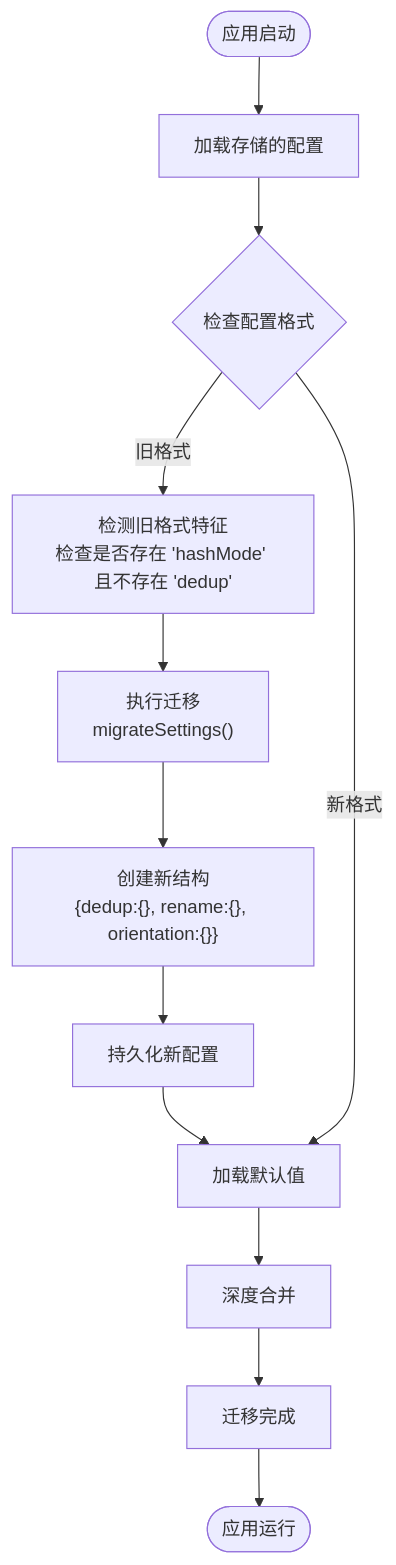
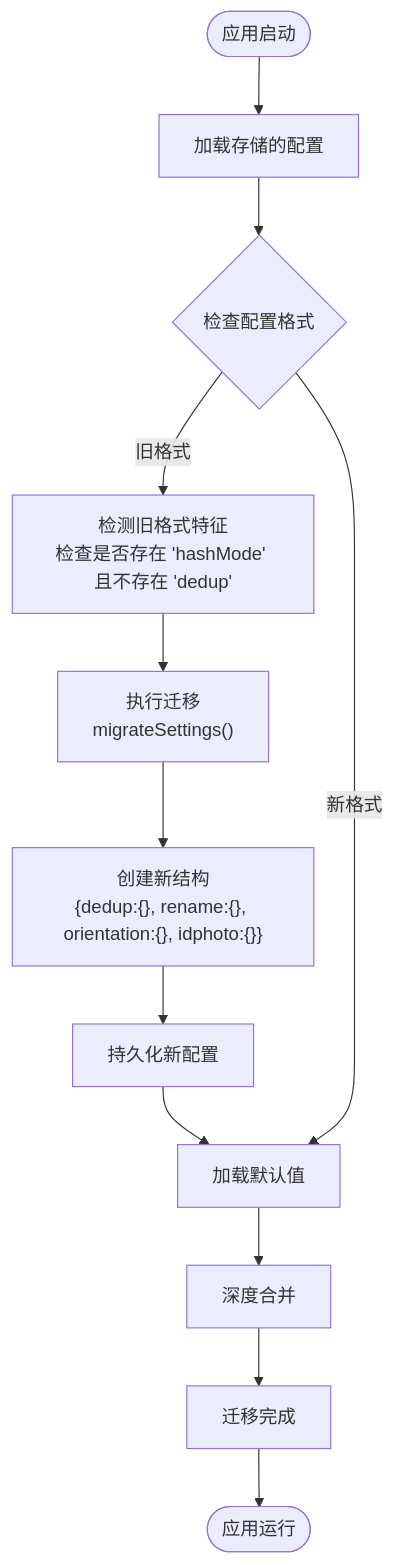
Before and after one commit to remgasuki/ReDoPhoto: the eighth of 10 diagrams in .qoder/repowiki/zh/content/核心服务模块/设置管理服务.md, drawn with Mermaid. The commit also changed other lines of this file and 31 other files, not shown here.

Commit message:
v2.2.0: 证件照功能全面升级 - AI抠图/海量模板/美颜/压缩/排版

````diff
--- a/.qoder/repowiki/zh/content/核心服务模块/设置管理服务.md
+++ b/.qoder/repowiki/zh/content/核心服务模块/设置管理服务.md
@@ -350,14 +369,14 @@
 ```mermaid
 flowchart TD
 Start([应用启动]) --> LoadStored["加载存储的配置"]
 LoadStored --> CheckFormat{"检查配置格式"}
 CheckFormat --> |旧格式| DetectOld["检测旧格式特征<br/>检查是否存在 'hashMode' 且不存在 'dedup'"]
 DetectOld --> Migrate["执行迁移<br/>migrateSettings()"]
-Migrate --> CreateNew["创建新结构<br/>{dedup:{}, rename:{}, orientation:{}}"]
+Migrate --> CreateNew["创建新结构<br/>{dedup:{}, rename:{}, orientation:{}, idphoto:{}}"]
 CreateNew --> Persist["持久化新配置"]
 Persist --> LoadDefault["加载默认值"]
 LoadDefault --> DeepMerge["深度合并"]
 DeepMerge --> Success["迁移完成"]
 CheckFormat --> |新格式| LoadDefault
 Success --> End([应用运行])
 ```
````
